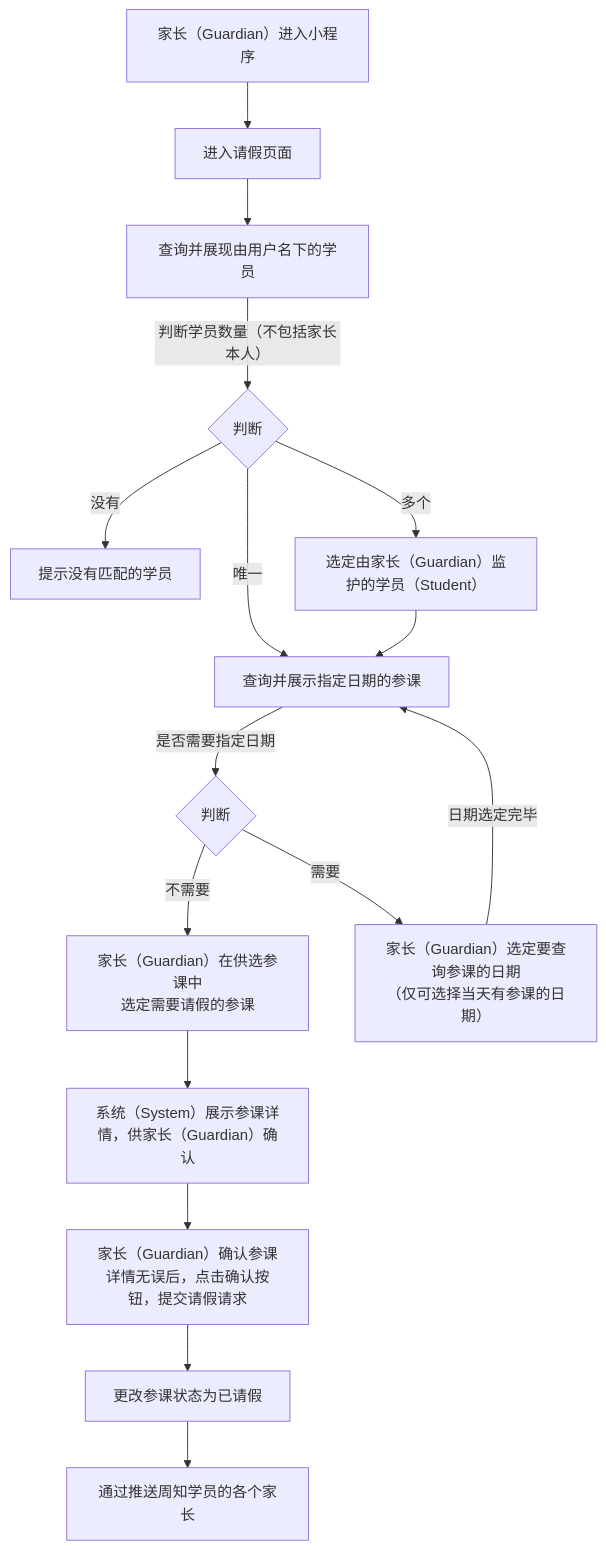
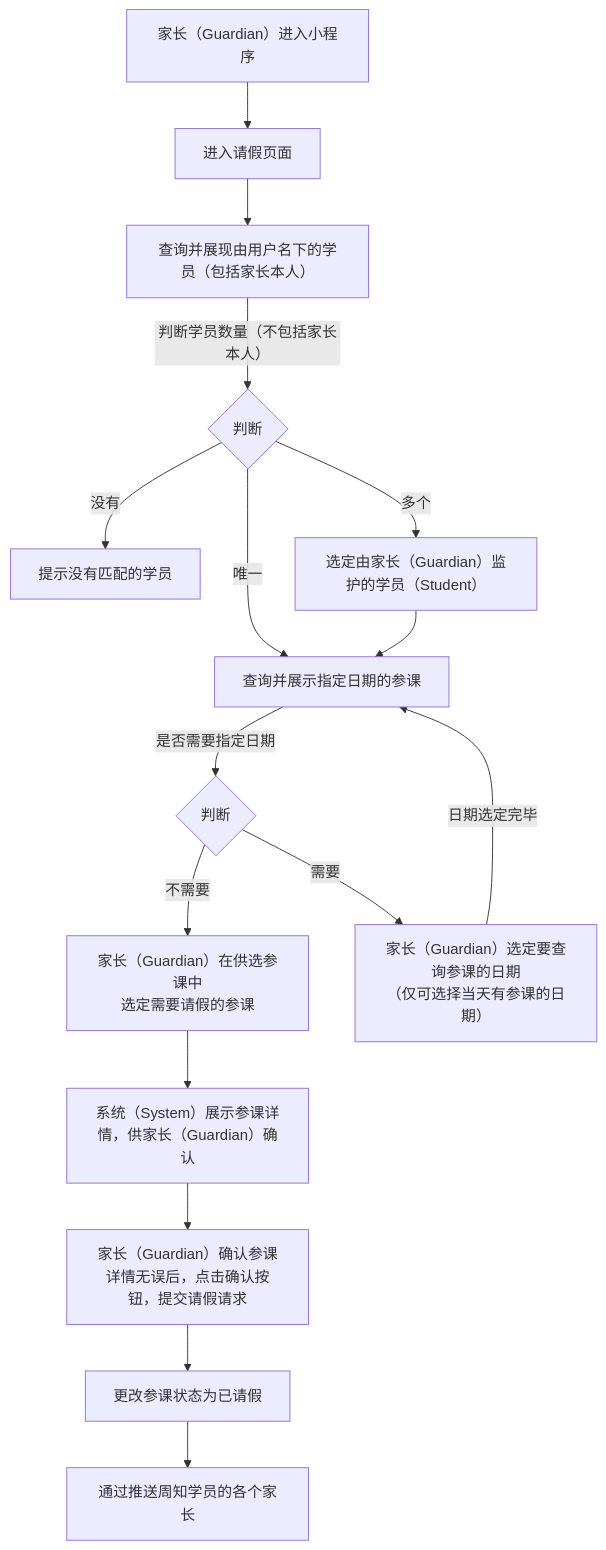
The diagram in 用例/请假.md (world-wide-web/sign), drawn with Mermaid before and after one commit. The commit also changed other lines of this file, not shown here.

````diff
--- a/用例/请假.md
+++ b/用例/请假.md
@@ -7,50 +7,52 @@
 ```mermaid
 graph TD
 
 进入小程序-->进入请假页面
 
 进入请假页面-->查询并展现由用户名下的学员
 
 查询并展现由用户名下的学员--"判断学员数量（不包括家长本人）"-->判断学员数量
 
 判断学员数量--没有-->提示没有匹配的学员
 
 判断学员数量--唯一-->查询并展示指定日期的参课
 
 判断学员数量--多个-->选定学员
 
 选定学员-->查询并展示指定日期的参课
 
 查询并展示指定日期的参课--是否需要指定日期-->决定是否需要指定日期
 
 决定是否需要指定日期--不需要-->选定参课
 
 决定是否需要指定日期--需要-->选定日期
 
 选定日期--日期选定完毕-->查询并展示指定日期的参课
 
 选定参课-->展示参课详情
 
 展示参课详情-->提交请假请求
 
 提交请假请求-->更改参课状态为已请假
 
 更改参课状态为已请假-->通过推送周知学员的各个家长
 
 进入小程序["<center>家长（Guardian）进入小程序</center>"]
 
+查询并展现由用户名下的学员["<center>查询并展现由用户名下的学员（包括家长本人）</center>"]
+
 判断学员数量{"<center>判断</center>"}
 
 选定学员["<center>选定由家长（Guardian）监护的学员（Student）</center>"]
 
 决定是否需要指定日期{"<center>判断</center>"}
 
 选定日期["<center>家长（Guardian）选定要查询参课的日期<br>（仅可选择当天有参课的日期）</center>"]
 
 选定参课["<center>家长（Guardian）在供选参课中<br>选定需要请假的参课</center>"]
 
 展示参课详情["<center>系统（System）展示参课详情，供家长（Guardian）确认</center>"]
 
 提交请假请求["<center>家长（Guardian）确认参课详情无误后，点击确认按钮，提交请假请求</center>"]
 
 ```
````
